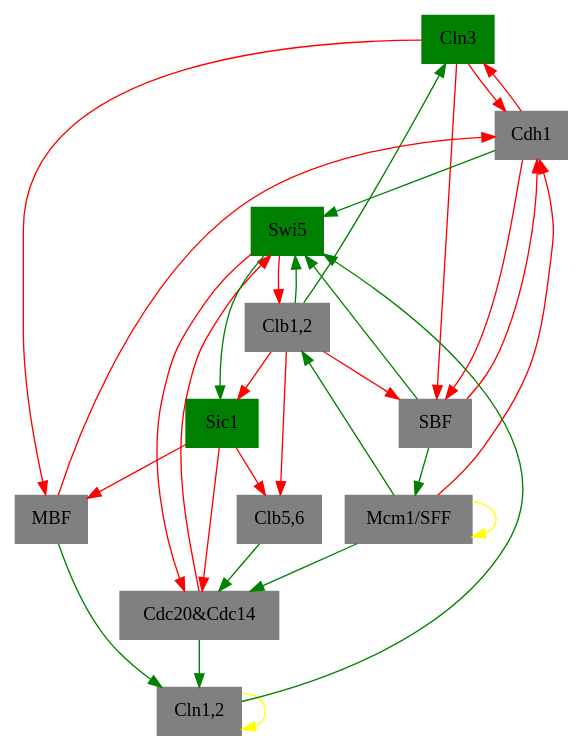
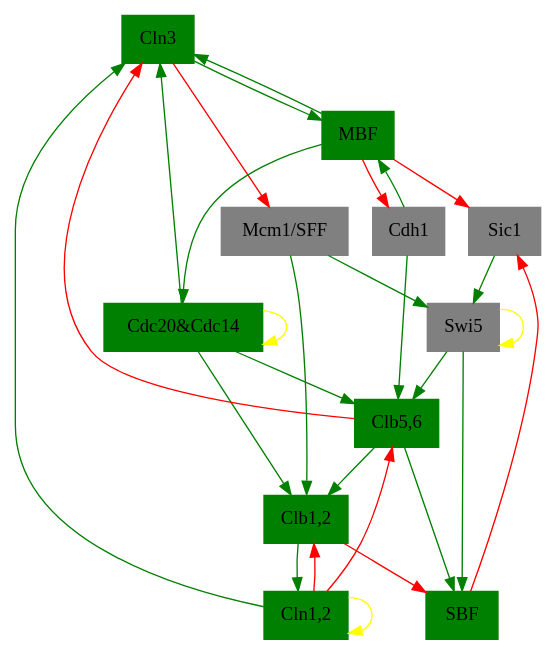
One commit to ellaqezi/cellCycle changed the diagram in graph.gv. Above: the diagram before and after it, drawn with Graphviz. The commit also changed 9 other files, not shown here.

```diff
--- a/graph.gv
+++ b/graph.gv
@@ -1,63 +1,60 @@
-digraph 10000100100  {
+digraph 11110011010  {
 "Cln3" [shape=box, color=green, style=filled];
 	edge [color=green]; 
-	"Clb1,2" -> "Cln3";
+	"Cdc20&Cdc14" -> "Cln3";
+	"Cln1,2" -> "Cln3";
+	"MBF" -> "Cln3";
 	edge [color=red]; 
-	"Cdh1" -> "Cln3";
-"MBF" [shape=box, color=gray, style=filled];
+	"Clb5,6" -> "Cln3";
+"MBF" [shape=box, color=green, style=filled];
+	edge [color=green]; 
+	"Cdh1" -> "MBF";
+	"Cln3" -> "MBF";
+"SBF" [shape=box, color=green, style=filled];
+	edge [color=green]; 
+	"Clb5,6" -> "SBF";
+	"Swi5" -> "SBF";
 	edge [color=red]; 
-	"Cln3" -> "MBF";
-	"Sic1" -> "MBF";
-"SBF" [shape=box, color=gray, style=filled];
-	edge [color=red]; 
-	"Cdh1" -> "SBF";
 	"Clb1,2" -> "SBF";
-	"Cln3" -> "SBF";
-"Cln1,2" [shape=box, color=gray, style=filled];
+"Cln1,2" [shape=box, color=green, style=filled];
 	edge [color=yellow]; 
 	"Cln1,2" -> "Cln1,2";
 	edge [color=green]; 
-	"Cdc20&Cdc14" -> "Cln1,2";
-	"MBF" -> "Cln1,2";
+	"Clb1,2" -> "Cln1,2";
 "Cdh1" [shape=box, color=gray, style=filled];
 	edge [color=red]; 
-	"Cln3" -> "Cdh1";
 	"MBF" -> "Cdh1";
-	"Mcm1/SFF" -> "Cdh1";
-	"SBF" -> "Cdh1";
-"Swi5" [shape=box, color=green, style=filled];
+"Swi5" [shape=box, color=gray, style=filled];
+	edge [color=yellow]; 
+	"Swi5" -> "Swi5";
 	edge [color=green]; 
-	"Cdh1" -> "Swi5";
-	"Clb1,2" -> "Swi5";
-	"Cln1,2" -> "Swi5";
-	"SBF" -> "Swi5";
+	"Mcm1/SFF" -> "Swi5";
+	"Sic1" -> "Swi5";
+"Cdc20&Cdc14" [shape=box, color=green, style=filled];
+	edge [color=yellow]; 
+	"Cdc20&Cdc14" -> "Cdc20&Cdc14";
+	edge [color=green]; 
+	"MBF" -> "Cdc20&Cdc14";
+"Clb5,6" [shape=box, color=green, style=filled];
+	edge [color=green]; 
+	"Cdc20&Cdc14" -> "Clb5,6";
+	"Cdh1" -> "Clb5,6";
+	"Swi5" -> "Clb5,6";
 	edge [color=red]; 
-	"Cdc20&Cdc14" -> "Swi5";
-"Cdc20&Cdc14" [shape=box, color=gray, style=filled];
+	"Cln1,2" -> "Clb5,6";
+"Sic1" [shape=box, color=gray, style=filled];
+	edge [color=red]; 
+	"MBF" -> "Sic1";
+	"SBF" -> "Sic1";
+"Clb1,2" [shape=box, color=green, style=filled];
 	edge [color=green]; 
-	"Clb5,6" -> "Cdc20&Cdc14";
-	"Mcm1/SFF" -> "Cdc20&Cdc14";
-	edge [color=red]; 
-	"Sic1" -> "Cdc20&Cdc14";
-	"Swi5" -> "Cdc20&Cdc14";
-"Clb5,6" [shape=box, color=gray, style=filled];
-	edge [color=red]; 
-	"Clb1,2" -> "Clb5,6";
-	"Sic1" -> "Clb5,6";
-"Sic1" [shape=box, color=green, style=filled];
-	edge [color=green]; 
-	"Swi5" -> "Sic1";
-	edge [color=red]; 
-	"Clb1,2" -> "Sic1";
-"Clb1,2" [shape=box, color=gray, style=filled];
-	edge [color=green]; 
+	"Cdc20&Cdc14" -> "Clb1,2";
+	"Clb5,6" -> "Clb1,2";
 	"Mcm1/SFF" -> "Clb1,2";
 	edge [color=red]; 
-	"Swi5" -> "Clb1,2";
+	"Cln1,2" -> "Clb1,2";
 "Mcm1/SFF" [shape=box, color=gray, style=filled];
-	edge [color=yellow]; 
-	"Mcm1/SFF" -> "Mcm1/SFF";
-	edge [color=green]; 
-	"SBF" -> "Mcm1/SFF";
+	edge [color=red]; 
+	"Cln3" -> "Mcm1/SFF";
 
 }
```
